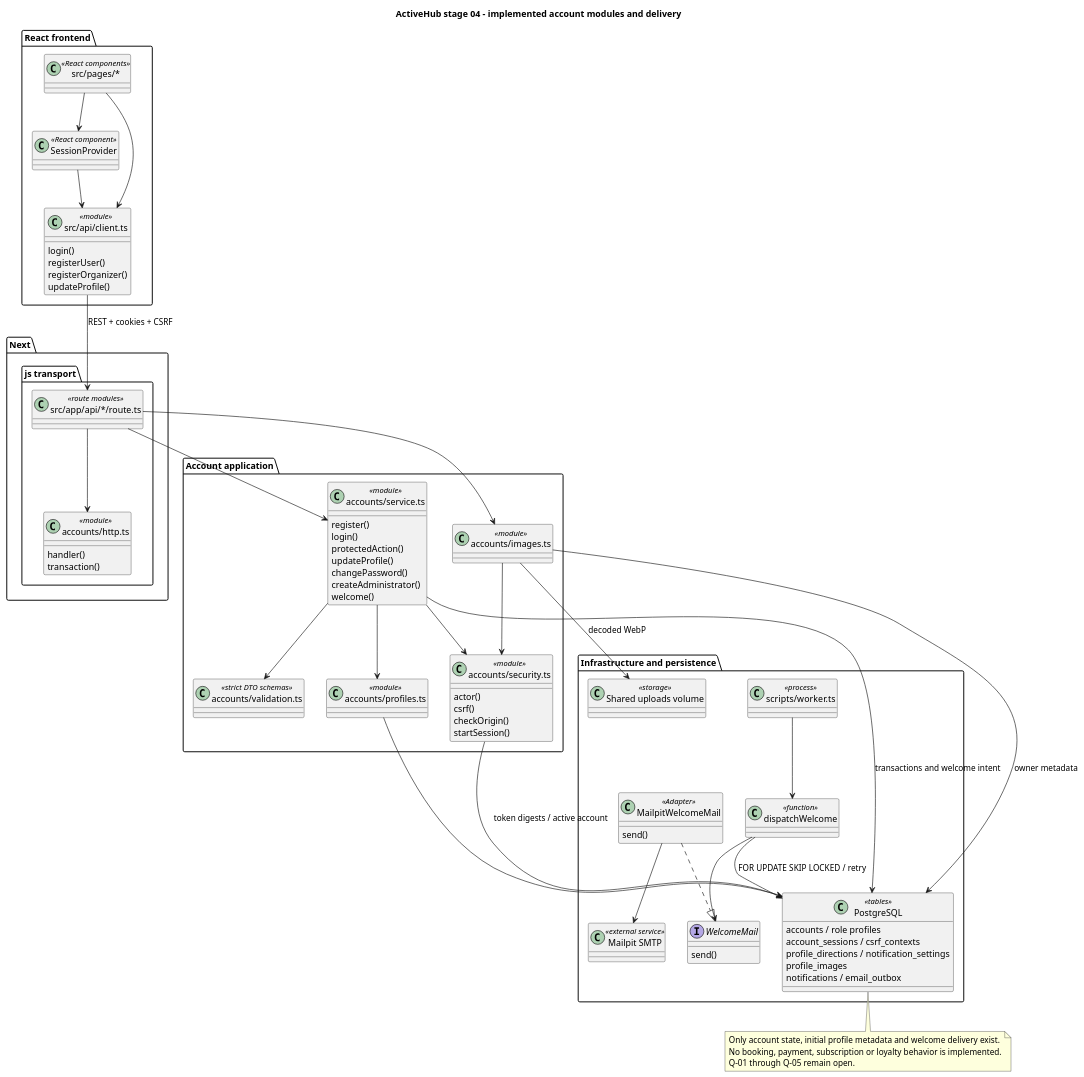
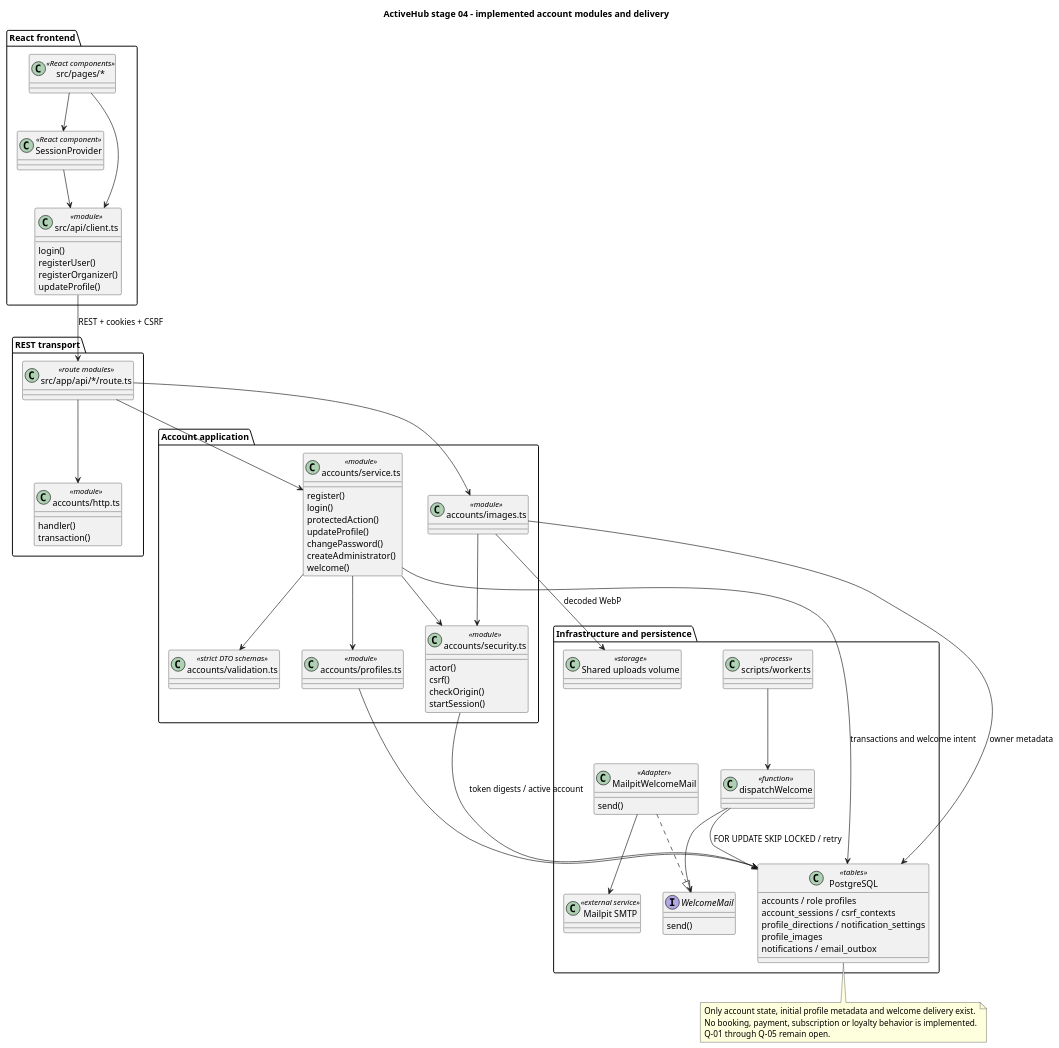
The diagram in docs/diagrams/accounts-current.puml (Vitaliiir16/activehub-backend), drawn with PlantUML before and after one commit. The commit also changed 1 other file, not shown here.

Commit message:
docs(models): clarify the implemented transport layer label

```diff
--- a/docs/diagrams/accounts-current.puml
+++ b/docs/diagrams/accounts-current.puml
@@ -1,86 +1,86 @@
 @startuml
 skinparam shadowing false
 title ActiveHub stage 04 - implemented account modules and delivery
 package "React frontend" {
  class "src/pages/*" as Pages <<React components>>
  class SessionProvider <<React component>>
  class "src/api/client.ts" as Client <<module>> {
   login()
   registerUser()
   registerOrganizer()
   updateProfile()
  }
 }
-package "Next.js transport" {
+package "REST transport" {
  class "src/app/api/*/route.ts" as Routes <<route modules>>
  class "accounts/http.ts" as Http <<module>> {
   handler()
   transaction()
  }
 }
 package "Account application" {
  class "accounts/service.ts" as Accounts <<module>> {
   register()
   login()
   protectedAction()
   updateProfile()
   changePassword()
   createAdministrator()
   welcome()
  }
  class "accounts/security.ts" as Security <<module>> {
   actor()
   csrf()
   checkOrigin()
   startSession()
  }
  class "accounts/validation.ts" as Validation <<strict DTO schemas>>
  class "accounts/profiles.ts" as Profiles <<module>>
  class "accounts/images.ts" as Images <<module>>
 }
 package "Infrastructure and persistence" {
  class "PostgreSQL" as DB <<tables>> {
   accounts / role profiles
   account_sessions / csrf_contexts
   profile_directions / notification_settings
   profile_images
   notifications / email_outbox
  }
  class "scripts/worker.ts" as Worker <<process>>
  class dispatchWelcome <<function>>
  interface WelcomeMail {
   send()
  }
  class MailpitWelcomeMail <<Adapter>> {
   send()
  }
  class "Mailpit SMTP" as SMTP <<external service>>
  class "Shared uploads volume" as Files <<storage>>
 }
 Pages --> SessionProvider
 Pages --> Client
 SessionProvider --> Client
 Client --> Routes : REST + cookies + CSRF
 Routes --> Http
 Routes --> Accounts
 Routes --> Images
 Accounts --> Security
 Accounts --> Validation
 Accounts --> Profiles
 Accounts --> DB : transactions and welcome intent
 Security --> DB : token digests / active account
 Profiles --> DB
 Images --> Security
 Images --> DB : owner metadata
 Images --> Files : decoded WebP
 Worker --> dispatchWelcome
 dispatchWelcome --> DB : FOR UPDATE SKIP LOCKED / retry
 dispatchWelcome --> WelcomeMail
 MailpitWelcomeMail ..|> WelcomeMail
 MailpitWelcomeMail --> SMTP
 note bottom of DB
 Only account state, initial profile metadata and welcome delivery exist.
 No booking, payment, subscription or loyalty behavior is implemented.
 Q-01 through Q-05 remain open.
 end note
 @enduml
```
